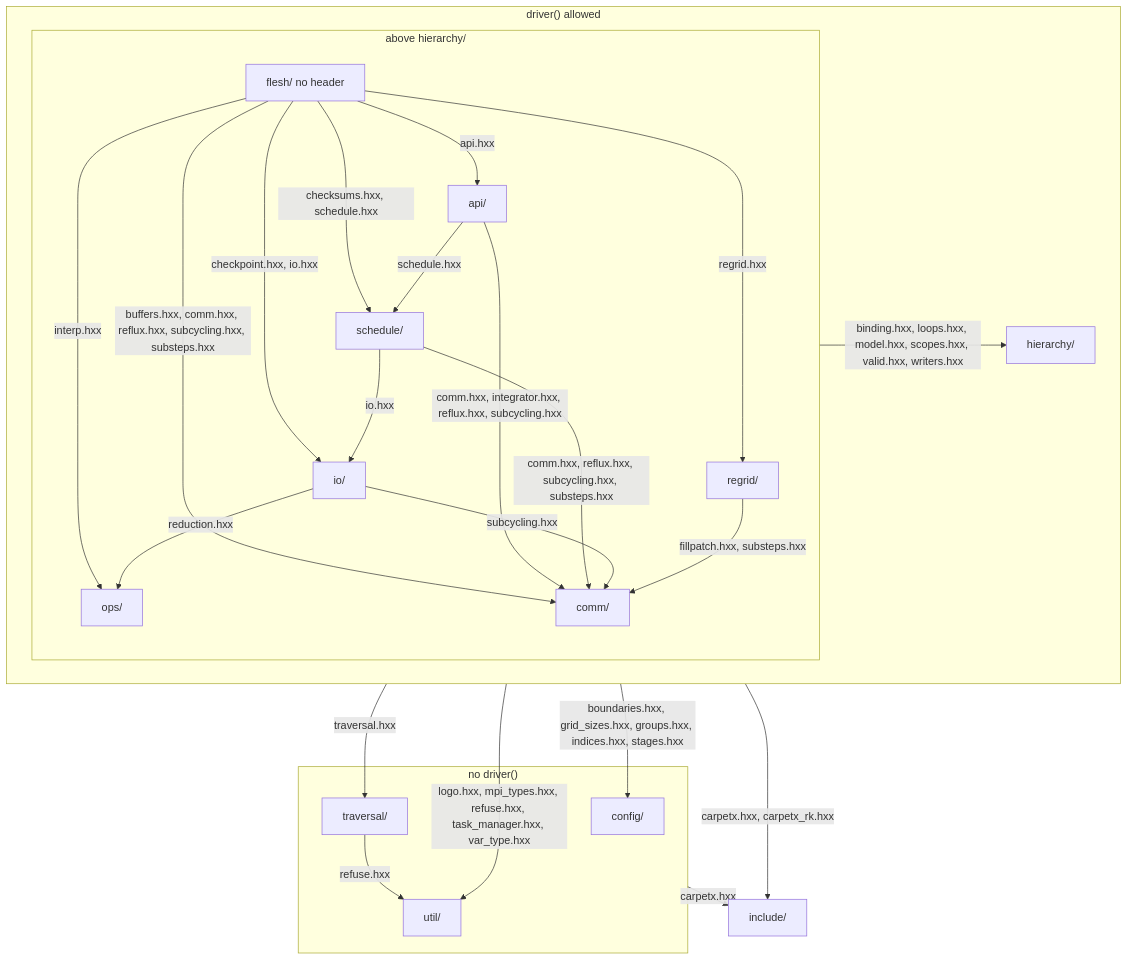
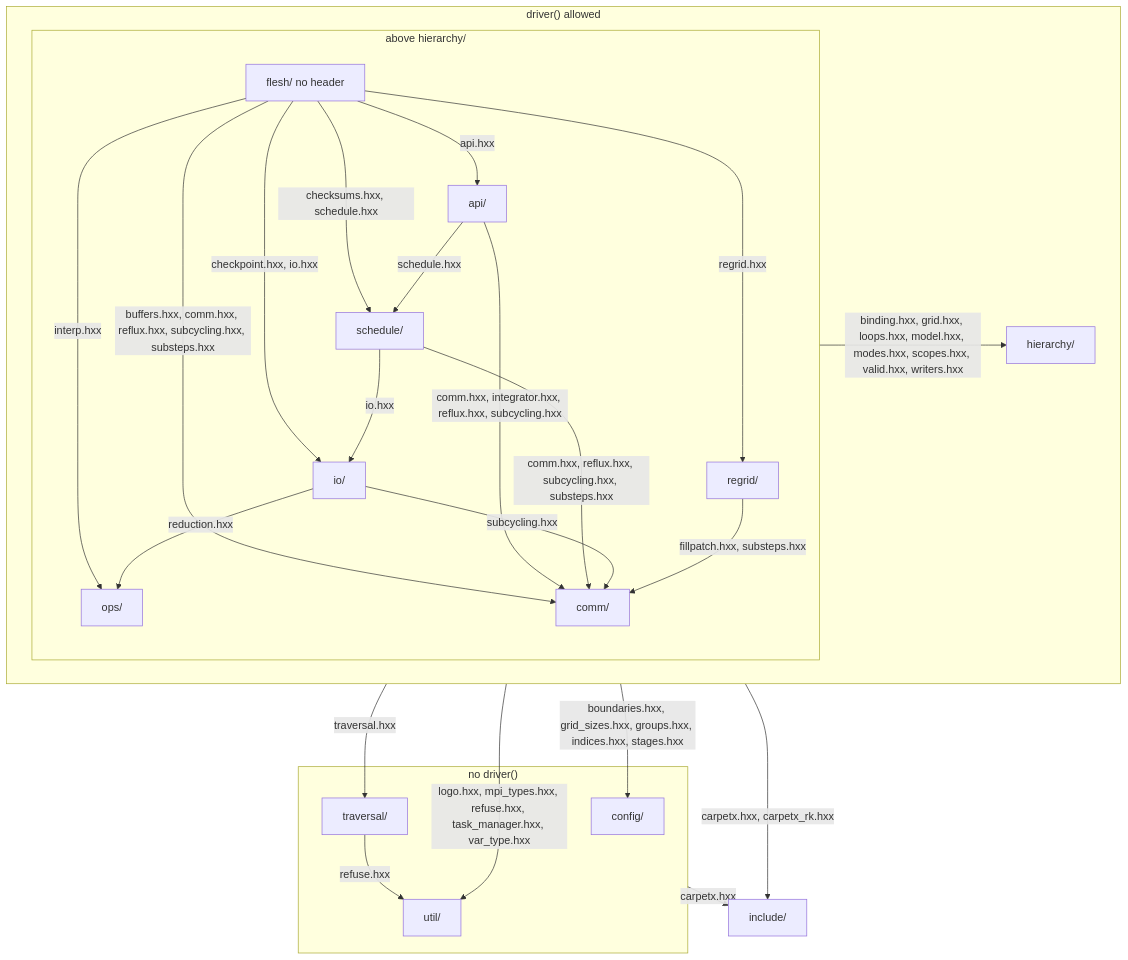
The first of 3 diagrams in agent_docs/carpetx-internals.md (lwJi/CarpetX), drawn with Mermaid before and after one commit. The commit also changed other lines of this file and 24 other files, not shown here.

````diff
--- a/agent_docs/carpetx-internals.md
+++ b/agent_docs/carpetx-internals.md
@@ -7,41 +7,41 @@
 ```mermaid
 flowchart TB
   subgraph door["driver() allowed"]
     subgraph above["above hierarchy/"]
       flesh["flesh/ no header"]
       api["api/"]
       schedule["schedule/"]
       io["io/"]
       ops["ops/"]
       regrid["regrid/"]
       comm["comm/"]
     end
     hierarchy["hierarchy/"]
   end
   subgraph nodoor["no driver()"]
     config["config/"]
     traversal["traversal/"]
     util["util/"]
   end
   include["include/"]
   flesh -- "api.hxx" --> api
   flesh -- "checksums.hxx, schedule.hxx" --> schedule
   flesh -- "checkpoint.hxx, io.hxx" --> io
   flesh -- "interp.hxx" --> ops
   flesh -- "regrid.hxx" --> regrid
   flesh -- "buffers.hxx, comm.hxx, reflux.hxx, subcycling.hxx, substeps.hxx" --> comm
   api -- "schedule.hxx" --> schedule
   api -- "comm.hxx, integrator.hxx, reflux.hxx, subcycling.hxx" --> comm
   schedule -- "io.hxx" --> io
   schedule -- "comm.hxx, reflux.hxx, subcycling.hxx, substeps.hxx" --> comm
   io -- "reduction.hxx" --> ops
   io -- "subcycling.hxx" --> comm
   regrid -- "fillpatch.hxx, substeps.hxx" --> comm
   traversal -- "refuse.hxx" --> util
-  above -- "binding.hxx, loops.hxx, model.hxx, scopes.hxx, valid.hxx, writers.hxx" --> hierarchy
+  above -- "binding.hxx, grid.hxx, loops.hxx, model.hxx, modes.hxx, scopes.hxx, valid.hxx, writers.hxx" --> hierarchy
   door -- "boundaries.hxx, grid_sizes.hxx, groups.hxx, indices.hxx, stages.hxx" --> config
   door -- "traversal.hxx" --> traversal
   door -- "logo.hxx, mpi_types.hxx, refuse.hxx, task_manager.hxx, var_type.hxx" --> util
   door -- "carpetx.hxx, carpetx_rk.hxx" --> include
   nodoor -- "carpetx.hxx" --> include
 ```
````
